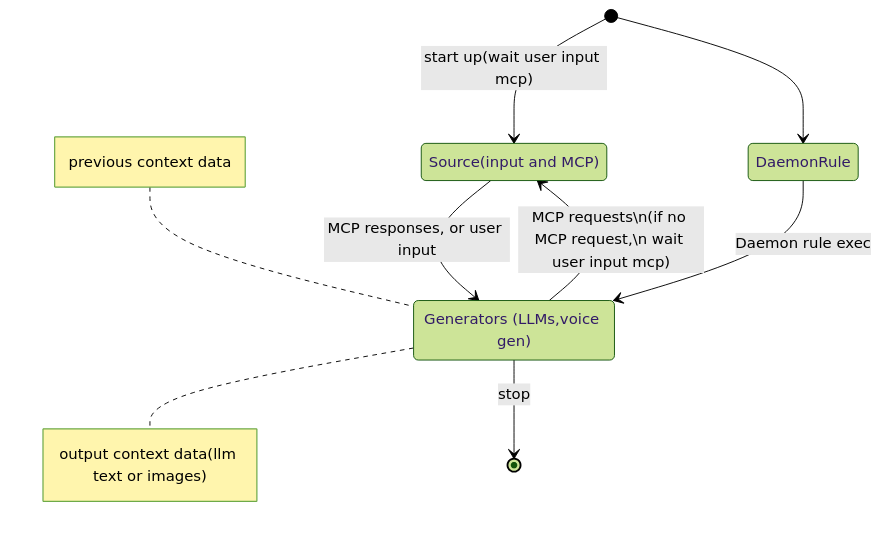
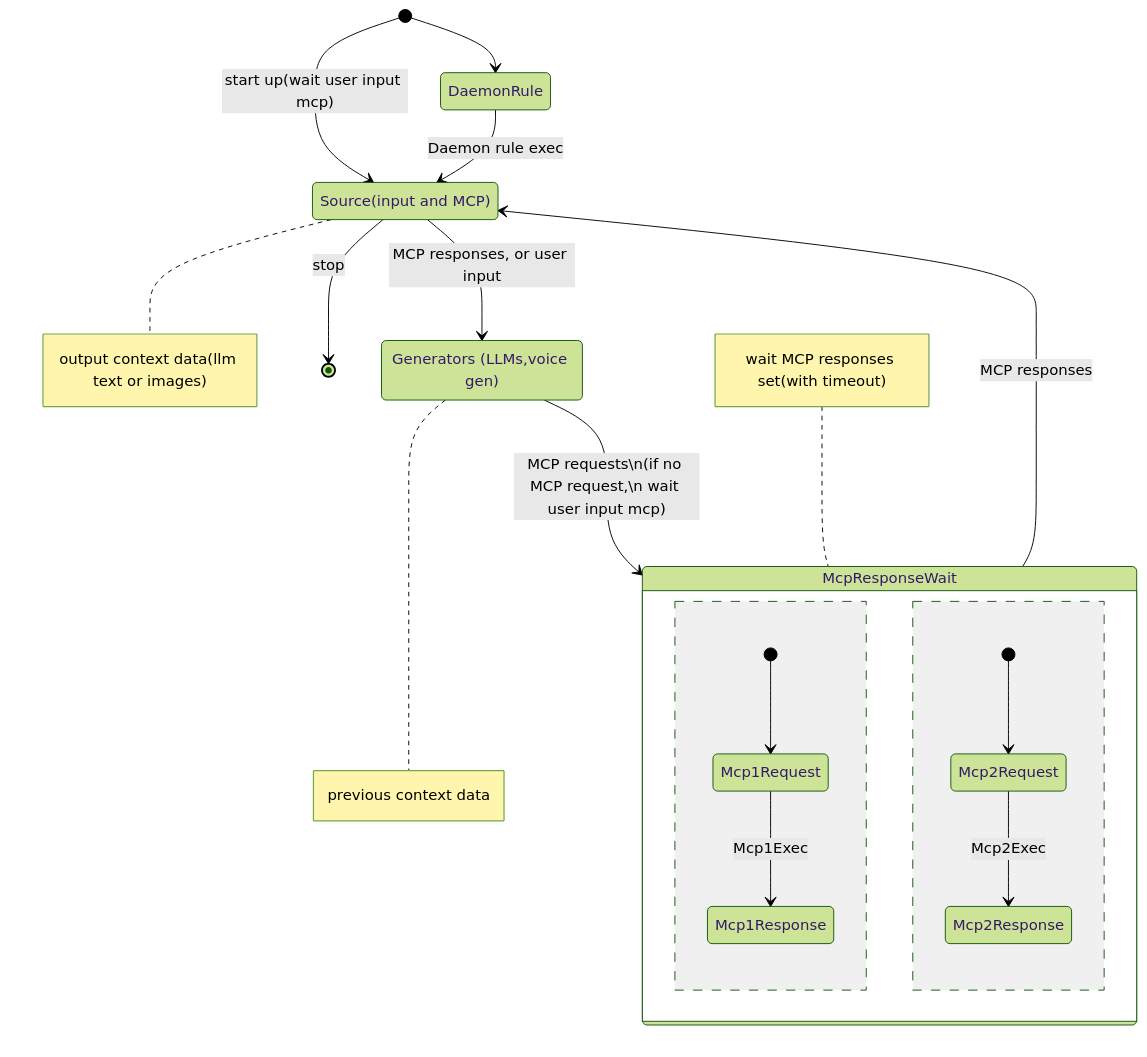
Before and after one commit to mfukushim/avatar-shell: the first of 3 diagrams in doc/generatorLoop.md, drawn with Mermaid (forest theme). The commit also changed other lines of this file and 5 other files, not shown here.

````diff
--- a/doc/generatorLoop.md
+++ b/doc/generatorLoop.md
@@ -3,21 +3,32 @@
 ```mermaid
 
 stateDiagram-v2
   Source: Source(input and MCP)
   Generators: Generators (LLMs,voice gen)
 
   [*] --> Source:start up(wait user input mcp)
-  Source --> Generators: MCP responses, or user input
-  note left of Generators
+  [*] --> DaemonRule
+  DaemonRule --> Source: Daemon rule exec
+  note right of Generators
     previous context data
   end note
-  [*] --> DaemonRule
-  DaemonRule --> Generators: Daemon rule exec
-  Generators-->Source: MCP requests\n(if no MCP request,\n wait user input mcp)
-  Generators-->[*]: stop
-  note right of Generators
+  Source --> Generators: MCP responses, or user input
+  Generators-->McpResponseWait: MCP requests\n(if no MCP request,\n wait user input mcp)
+  note right of Source
     output context data(llm text or images)
   end note
+  state McpResponseWait {
+    [*] --> Mcp1Request
+    Mcp1Request --> Mcp1Response : Mcp1Exec
+    --
+    [*] --> Mcp2Request
+    Mcp2Request --> Mcp2Response : Mcp2Exec
+  }
+  McpResponseWait --> Source: MCP responses
+  note left of McpResponseWait
+    wait MCP responses set(with timeout)
+  end note
+  Source-->[*]: stop
 
 
 ```
````
